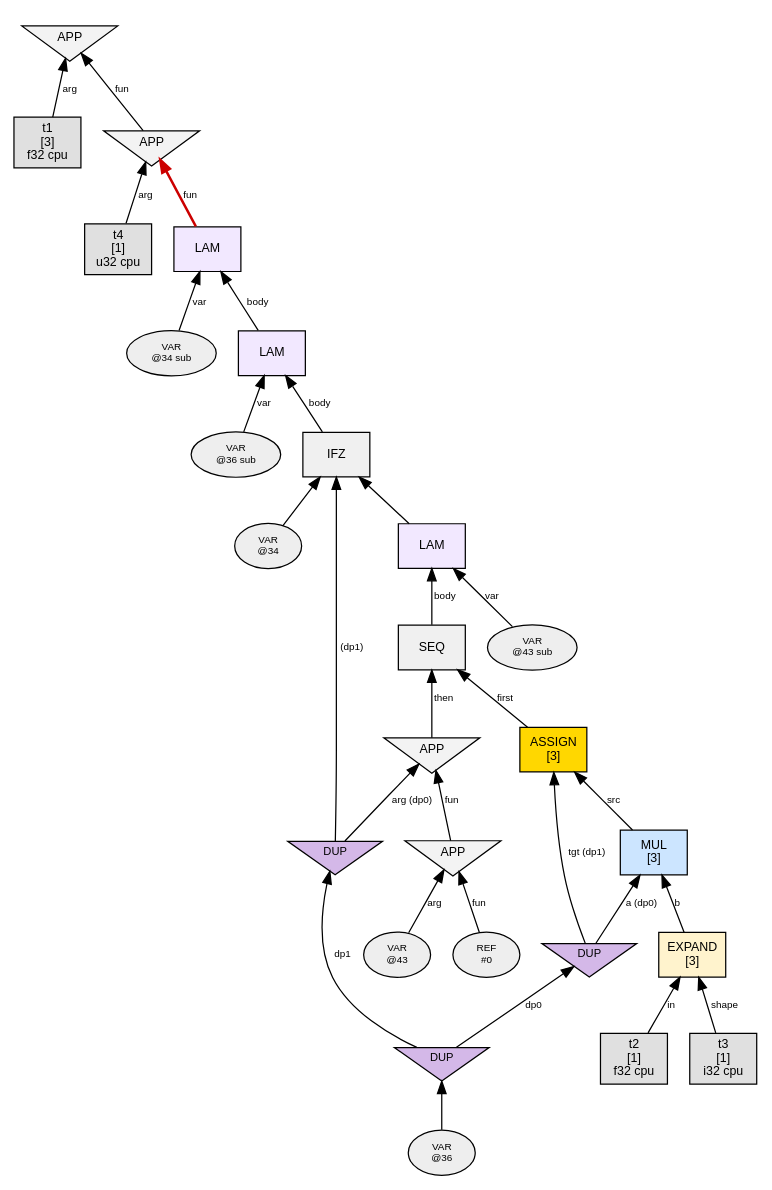
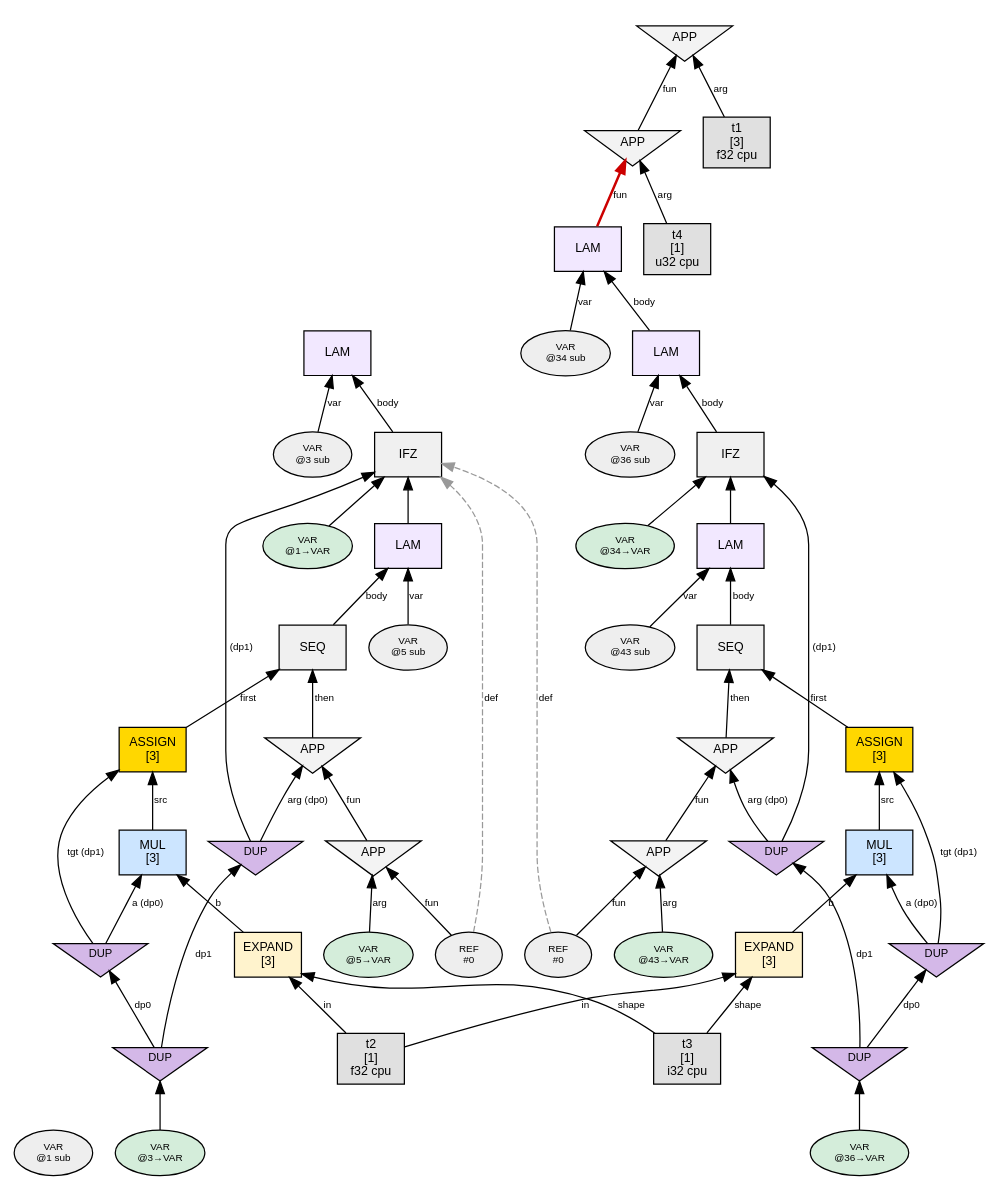
One commit to sw1sh/TinyHVM changed the diagram in phase1_graphs/loop_assign_simple/n2_steps/step_001_interact_REF.dot. Above: the diagram before and after it, drawn with Graphviz. The commit also changed 101 other files, not shown here.

First line of the commit message:
fix: show definition body + resolved VARs in step graphs

```diff
--- a/phase1_graphs/loop_assign_simple/n2_steps/step_001_interact_REF.dot
+++ b/phase1_graphs/loop_assign_simple/n2_steps/step_001_interact_REF.dot
@@ -1,62 +1,105 @@
 digraph G {
   // PREV_INTERACTION: interact_REF
   // NEXT_INTERACTION: interact_APP
   rankdir=BT;
   node [fontname="Helvetica", fontsize=10, style=filled, shape=box, margin="0.1,0.05"];
   edge [fontsize=8, fontname="Helvetica"];
 
+  var1 [label="VAR\n@1 sub", shape=oval, fillcolor="#eeeeee", fontsize=8];
+  n3 [label="LAM", shape=box, fillcolor="#f2e8ff"];
+  var3 [label="VAR\n@3 sub", shape=oval, fillcolor="#eeeeee", fontsize=8];
+  var3 -> n3 [label="var"];
+  n26 -> n3 [label="body"];
+  n26 [label="IFZ", shape=box, fillcolor="#f0f0f0"];
+  var26 [label="VAR\n@1→VAR", shape=oval, fillcolor="#d4edda", fontsize=8];
+  var26 -> n26 [label=""];
+  dup9 [label="DUP", shape=invtriangle, fillcolor="#d4b8e8", fontsize=9, width=0.7, height=0.5];
+  dup7 -> dup9 [label="dp1"];
+  dup7 [label="DUP", shape=invtriangle, fillcolor="#d4b8e8", fontsize=9, width=0.7, height=0.5];
+  var7 [label="VAR\n@3→VAR", shape=oval, fillcolor="#d4edda", fontsize=8];
+  var7 -> dup7;
+  dup9 -> n26 [label=" (dp1)"];
+  n5 -> n26 [label=""];
+  var5 [label="VAR\n@5 sub", shape=oval, fillcolor="#eeeeee", fontsize=8];
+  n24 [label="SEQ", shape=box, fillcolor="#f0f0f0"];
+  n18 -> n24 [label="first"];
+  n22 -> n24 [label="then"];
+  n10 [label="EXPAND\n[3]", shape=box, fillcolor="#fff3cd"];
+  t2 [label="t2\n[1]\nf32 cpu",shape=box,fillcolor="#e0e0e0"];
+  t2 -> n10 [label="in"];
+  t3 [label="t3\n[1]\ni32 cpu",shape=box,fillcolor="#e0e0e0"];
+  t3 -> n10 [label="shape"];
+  n14 [label="MUL\n[3]", shape=box, fillcolor="#cce5ff"];
+  dup8 [label="DUP", shape=invtriangle, fillcolor="#d4b8e8", fontsize=9, width=0.7, height=0.5];
+  dup7 -> dup8 [label="dp0"];
+  dup8 -> n14 [label="a (dp0)"];
+  n10 -> n14 [label="b"];
+  ref20 [label="REF\n#0", shape=oval, fillcolor="#eeeeee", fontsize=8];
+  ref20 -> n26 [style=dashed, color="#999999", label="def"];
+  n20 [label="APP", shape=invtriangle, fillcolor="#f3f3f3"];
+  ref20 -> n20 [label="fun"];
+  var21 [label="VAR\n@5→VAR", shape=oval, fillcolor="#d4edda", fontsize=8];
+  var21 -> n20 [label="arg"];
+  n18 [label="ASSIGN\n[3]", shape=box, fillcolor="#ffd700"];
+  dup8 -> n18 [label="tgt (dp1)"];
+  n14 -> n18 [label="src"];
+  n22 [label="APP", shape=invtriangle, fillcolor="#f3f3f3"];
+  n20 -> n22 [label="fun"];
+  dup9 -> n22 [label="arg (dp0)"];
+  n5 [label="LAM", shape=box, fillcolor="#f2e8ff"];
+  var5 -> n5 [label="var"];
+  n24 -> n5 [label="body"];
   n34 [label="LAM", shape=box, fillcolor="#f2e8ff"];
   var34 [label="VAR\n@34 sub", shape=oval, fillcolor="#eeeeee", fontsize=8];
   var34 -> n34 [label="var"];
   n36 -> n34 [label="body"];
   n29 [label="APP", shape=invtriangle, fillcolor="#f3f3f3"];
   n34 -> n29 [label="fun",color="#cc0000",penwidth=2.0];
   t4 [label="t4\n[1]\nu32 cpu",shape=box,fillcolor="#e0e0e0"];
   t4 -> n29 [label="arg"];
   n31 [label="APP", shape=invtriangle, fillcolor="#f3f3f3"];
   n29 -> n31 [label="fun"];
   t1 [label="t1\n[3]\nf32 cpu",shape=box,fillcolor="#e0e0e0"];
   t1 -> n31 [label="arg"];
   n36 [label="LAM", shape=box, fillcolor="#f2e8ff"];
   var36 [label="VAR\n@36 sub", shape=oval, fillcolor="#eeeeee", fontsize=8];
   var36 -> n36 [label="var"];
   n38 -> n36 [label="body"];
   n38 [label="IFZ", shape=box, fillcolor="#f0f0f0"];
-  var38 [label="VAR\n@34", shape=oval, fillcolor="#eeeeee", fontsize=8];
+  var38 [label="VAR\n@34→VAR", shape=oval, fillcolor="#d4edda", fontsize=8];
   var38 -> n38 [label=""];
   dup41 [label="DUP", shape=invtriangle, fillcolor="#d4b8e8", fontsize=9, width=0.7, height=0.5];
   dup42 -> dup41 [label="dp1"];
   dup42 [label="DUP", shape=invtriangle, fillcolor="#d4b8e8", fontsize=9, width=0.7, height=0.5];
-  var42 [label="VAR\n@36", shape=oval, fillcolor="#eeeeee", fontsize=8];
+  var42 [label="VAR\n@36→VAR", shape=oval, fillcolor="#d4edda", fontsize=8];
   var42 -> dup42;
   dup41 -> n38 [label=" (dp1)"];
   n43 -> n38 [label=""];
   n43 [label="LAM", shape=box, fillcolor="#f2e8ff"];
   var43 [label="VAR\n@43 sub", shape=oval, fillcolor="#eeeeee", fontsize=8];
   var43 -> n43 [label="var"];
   n45 -> n43 [label="body"];
   n45 [label="SEQ", shape=box, fillcolor="#f0f0f0"];
   n47 -> n45 [label="first"];
   n54 -> n45 [label="then"];
   n47 [label="ASSIGN\n[3]", shape=box, fillcolor="#ffd700"];
   dup49 [label="DUP", shape=invtriangle, fillcolor="#d4b8e8", fontsize=9, width=0.7, height=0.5];
   dup42 -> dup49 [label="dp0"];
   dup49 -> n47 [label="tgt (dp1)"];
   n50 -> n47 [label="src"];
   n54 [label="APP", shape=invtriangle, fillcolor="#f3f3f3"];
   n56 -> n54 [label="fun"];
   dup41 -> n54 [label="arg (dp0)"];
   n50 [label="MUL\n[3]", shape=box, fillcolor="#cce5ff"];
   dup49 -> n50 [label="a (dp0)"];
   n52 -> n50 [label="b"];
   n52 [label="EXPAND\n[3]", shape=box, fillcolor="#fff3cd"];
-  t2 [label="t2\n[1]\nf32 cpu",shape=box,fillcolor="#e0e0e0"];
   t2 -> n52 [label="in"];
-  t3 [label="t3\n[1]\ni32 cpu",shape=box,fillcolor="#e0e0e0"];
   t3 -> n52 [label="shape"];
   n56 [label="APP", shape=invtriangle, fillcolor="#f3f3f3"];
   ref56 [label="REF\n#0", shape=oval, fillcolor="#eeeeee", fontsize=8];
   ref56 -> n56 [label="fun"];
-  var57 [label="VAR\n@43", shape=oval, fillcolor="#eeeeee", fontsize=8];
+  var57 [label="VAR\n@43→VAR", shape=oval, fillcolor="#d4edda", fontsize=8];
   var57 -> n56 [label="arg"];
+  ref56 -> n26 [style=dashed, color="#999999", label="def"];
 }
```
